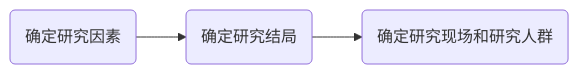
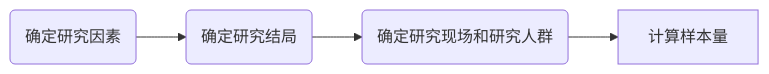
One commit to viket-vista/Notes changed the third of 3 diagrams in 大三下/流行病学.md. Above: the diagram before and after it, drawn with Mermaid. The commit also changed other lines of this file, not shown here.

````diff
--- a/大三下/流行病学.md
+++ b/大三下/流行病学.md
@@ -69,4 +69,4 @@
 ```mermaid
 graph LR
-A(确定研究因素) --> B(确定研究结局) --> C(确定研究现场和研究人群)
+A(确定研究因素) --> B(确定研究结局) --> C(确定研究现场和研究人群) --> 计算样本量
 ```
````
